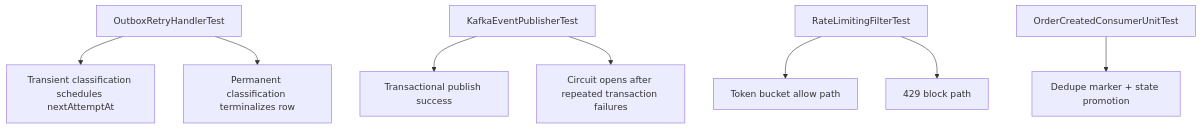
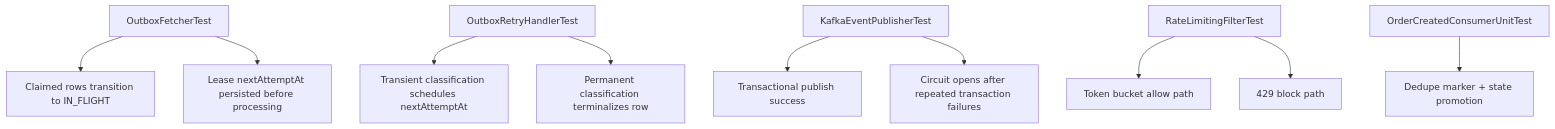
One commit to AbhinavT09/OrderProcessingSystem changed the diagram in docs/testing-and-quality.md. Above: the diagram before and after it, drawn with Mermaid. The commit also changed other lines of this file and 64 other files, not shown here.

````diff
--- a/docs/testing-and-quality.md
+++ b/docs/testing-and-quality.md
@@ -66,10 +74,12 @@
 ```mermaid
 flowchart TD
+    F[OutboxFetcherTest] --> F1[Claimed rows transition to IN_FLIGHT]
+    F --> F2[Lease nextAttemptAt persisted before processing]
     A[OutboxRetryHandlerTest] --> A1[Transient classification schedules nextAttemptAt]
     A --> A2[Permanent classification terminalizes row]
     B[KafkaEventPublisherTest] --> B1[Transactional publish success]
     B --> B2[Circuit opens after repeated transaction failures]
     C[RateLimitingFilterTest] --> C1[Token bucket allow path]
     C --> C2[429 block path]
     D[OrderCreatedConsumerUnitTest] --> D1[Dedupe marker + state promotion]
 ```
````
